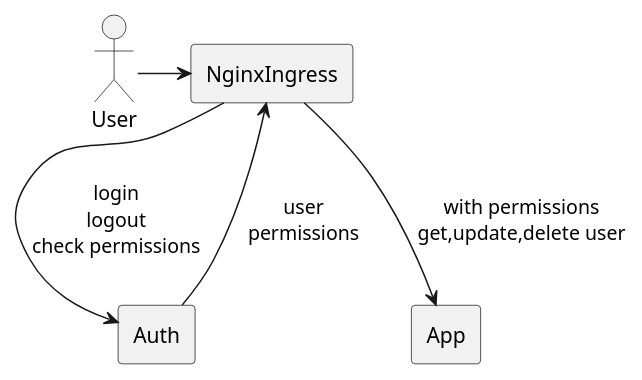
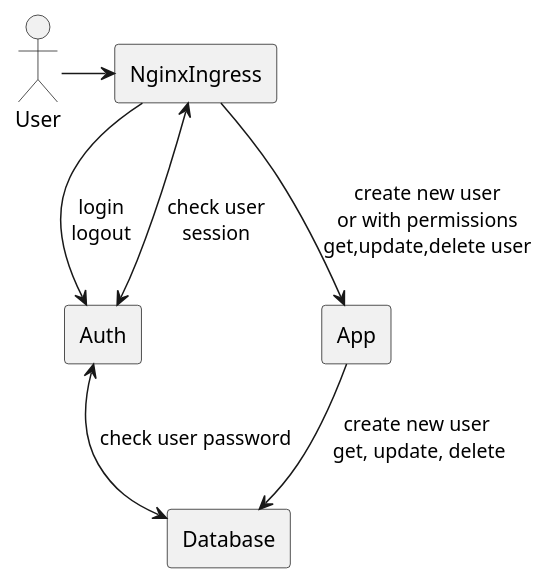
The diagram in docs/scheme.plantuml (gmax79/otma), drawn with PlantUML before and after one commit. The commit also changed 1 other file, not shown here.

Commit message:
updated diagramm

```diff
--- a/docs/scheme.plantuml
+++ b/docs/scheme.plantuml
@@ -1,13 +1,16 @@
 @startuml
 
 actor User
 rectangle NginxIngress
 rectangle Auth
 rectangle App
+rectangle Database
 
 User->NginxIngress
-NginxIngress-->Auth: login\nlogout\ncheck permissions
-Auth -> NginxIngress: user\npermissions
-NginxIngress-->App: with permissions\nget,update,delete user  
+NginxIngress-->Auth: login\nlogout
+Auth<-->NginxIngress: check user\nsession
+NginxIngress-->App: create new user\nor with permissions\nget,update,delete user  
+App-->Database: create new user\n get, update, delete
+Auth<-->Database: check user password
 
 @enduml
```
